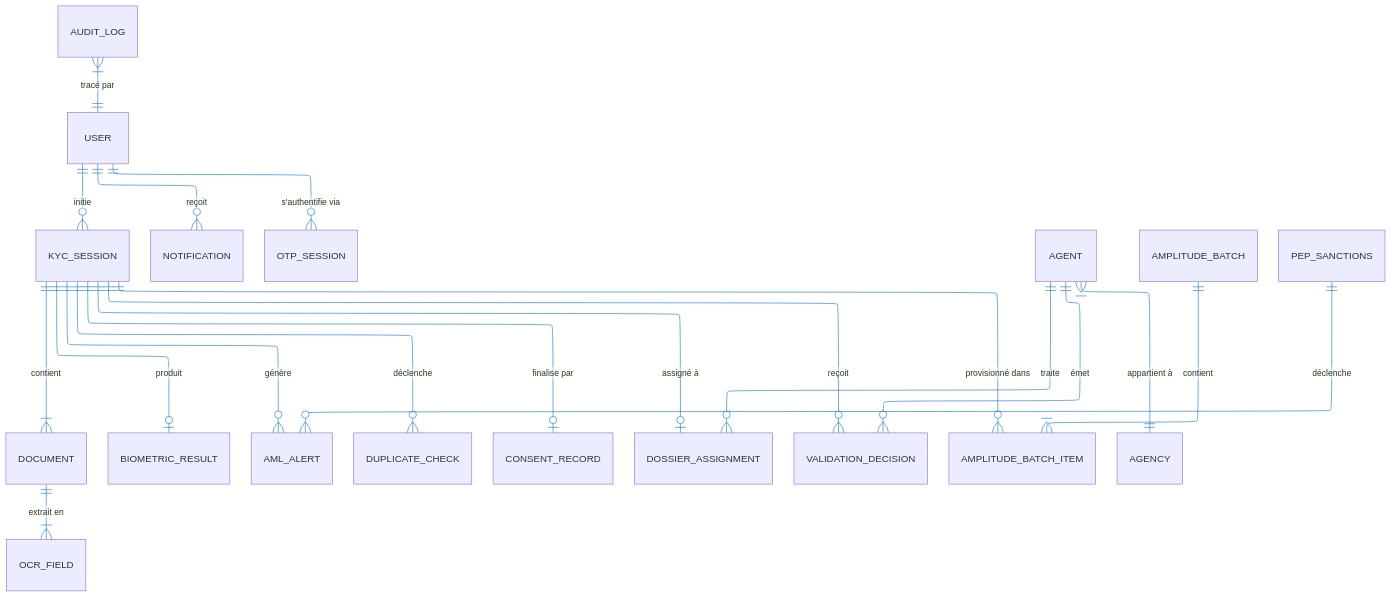
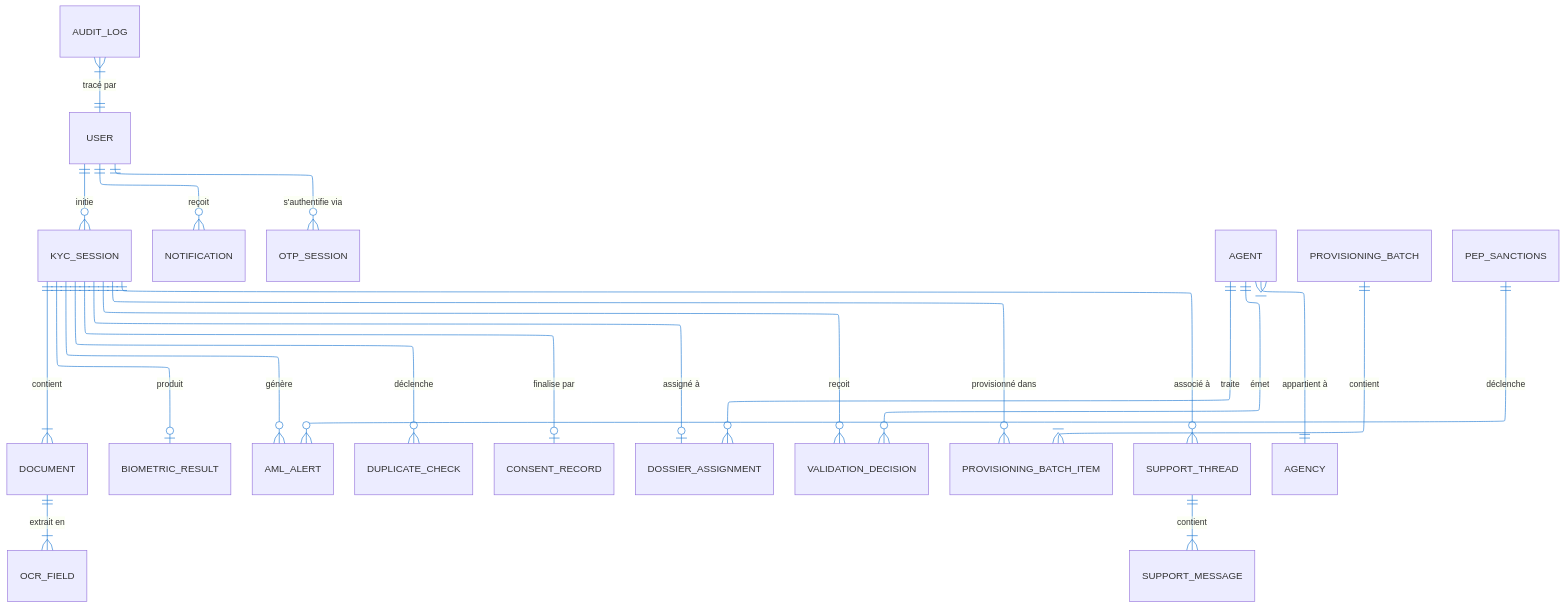
Before and after one commit to Ken-Andre/bicec-veripass: diagram 14 of 18 in _bmad-output/planning-artifacts/architecture-bicec-veripass.md, drawn with Mermaid. The commit also changed other lines of this file, not shown here.

First line of the commit message:
docs(architecture): Add introduction, diagram guide, and fusion matrix to bicec-veripass architecture

````diff
--- a/_bmad-output/planning-artifacts/architecture-bicec-veripass.md
+++ b/_bmad-output/planning-artifacts/architecture-bicec-veripass.md
@@ -1024,29 +1170,31 @@
 ```mermaid
 %%{init: {"theme": "default", "layout": "elk", "themeVariables": {"primaryColor": "#E3F2FD", "primaryTextColor": "#1A237E", "primaryBorderColor": "#1976D2", "lineColor": "#1976D2"}}}%%
 
 erDiagram
     USER ||--o{ KYC_SESSION : "initie"
     USER ||--o{ NOTIFICATION : "reçoit"
     USER ||--o{ OTP_SESSION : "s'authentifie via"
 
     KYC_SESSION ||--|{ DOCUMENT : "contient"
     KYC_SESSION ||--o| BIOMETRIC_RESULT : "produit"
     KYC_SESSION ||--o{ AML_ALERT : "génère"
     KYC_SESSION ||--o{ DUPLICATE_CHECK : "déclenche"
     KYC_SESSION ||--o| CONSENT_RECORD : "finalise par"
     KYC_SESSION ||--o| DOSSIER_ASSIGNMENT : "assigné à"
     KYC_SESSION ||--o{ VALIDATION_DECISION : "reçoit"
-    KYC_SESSION ||--o{ AMPLITUDE_BATCH_ITEM : "provisionné dans"
+    KYC_SESSION ||--o{ PROVISIONING_BATCH_ITEM : "provisionné dans"
+    KYC_SESSION ||--o{ SUPPORT_THREAD : "associé à"
 
     DOCUMENT ||--|{ OCR_FIELD : "extrait en"
 
     AGENT ||--o{ DOSSIER_ASSIGNMENT : "traite"
     AGENT ||--o{ VALIDATION_DECISION : "émet"
     AGENT }|--|| AGENCY : "appartient à"
 
-    AMPLITUDE_BATCH ||--|{ AMPLITUDE_BATCH_ITEM : "contient"
+    PROVISIONING_BATCH ||--|{ PROVISIONING_BATCH_ITEM : "contient"
 
     PEP_SANCTIONS ||--o{ AML_ALERT : "déclenche"
+    SUPPORT_THREAD ||--|{ SUPPORT_MESSAGE : "contient"
 
     AUDIT_LOG }|--|| USER : "tracé par"
 ```
````
